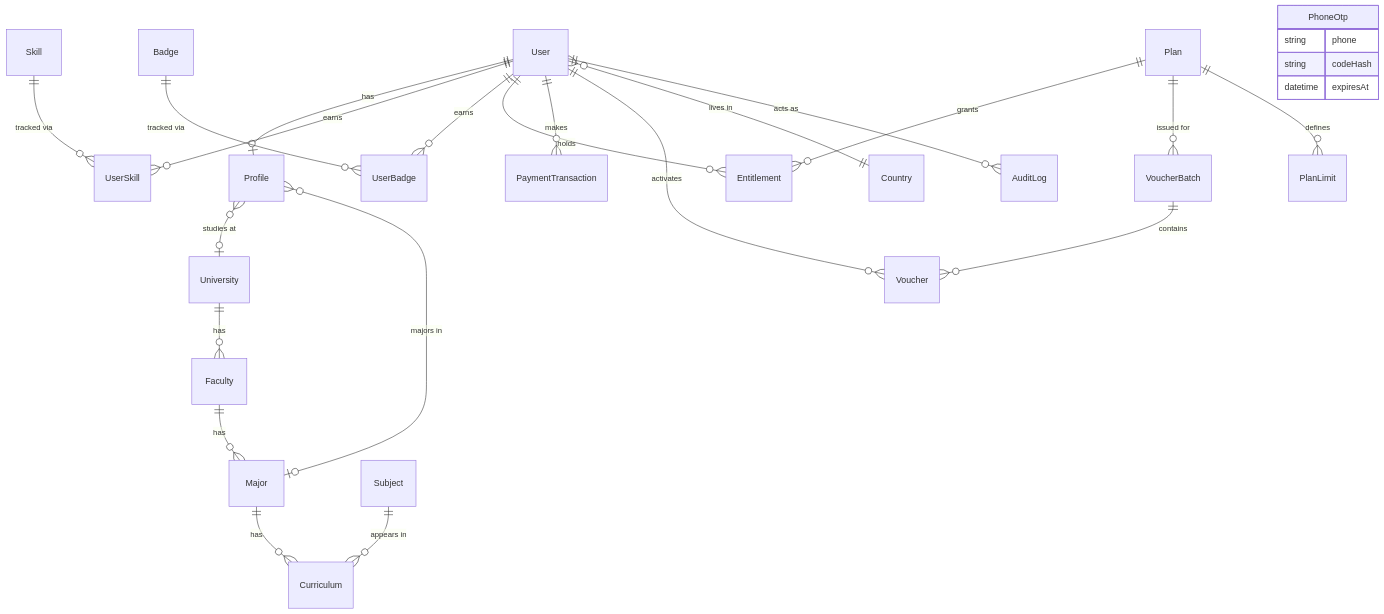
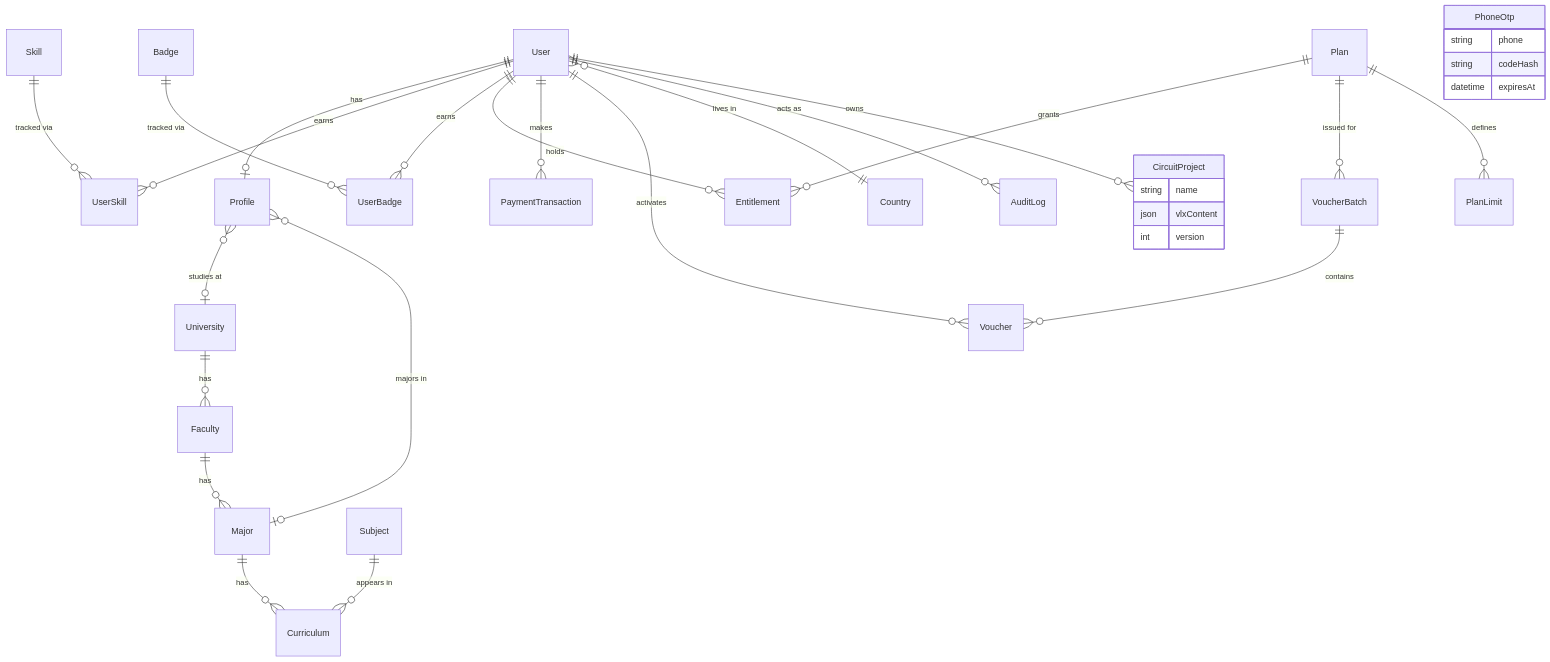
Before and after one commit to fahd6666ai/EngUvers: the diagram in docs/ERD.md, drawn with Mermaid. The commit also changed other lines of this file and 3 other files, not shown here.

First line of the commit message:
docs: update ERD/PAGES/CLAUDE.md for Phase 2

````diff
--- a/docs/ERD.md
+++ b/docs/ERD.md
@@ -9,35 +9,42 @@
 ```mermaid
 erDiagram
     User ||--o| Profile : has
     User ||--o{ UserSkill : earns
     User ||--o{ UserBadge : earns
     User ||--o{ Entitlement : holds
     User ||--o{ PaymentTransaction : makes
     User ||--o{ Voucher : activates
     User }o--|| Country : "lives in"
 
     Profile }o--o| University : "studies at"
     Profile }o--o| Major : "majors in"
 
     University ||--o{ Faculty : has
     Faculty ||--o{ Major : has
     Major ||--o{ Curriculum : has
     Subject ||--o{ Curriculum : "appears in"
 
     Plan ||--o{ Entitlement : grants
     Plan ||--o{ VoucherBatch : "issued for"
     Plan ||--o{ PlanLimit : defines
 
     VoucherBatch ||--o{ Voucher : contains
 
     Skill ||--o{ UserSkill : "tracked via"
     Badge ||--o{ UserBadge : "tracked via"
 
     User ||--o{ AuditLog : "acts as"
+    User ||--o{ CircuitProject : owns
+
+    CircuitProject {
+        string name
+        json vlxContent
+        int version
+    }
 
     PhoneOtp {
         string phone
         string codeHash
         datetime expiresAt
     }
 ```
````
